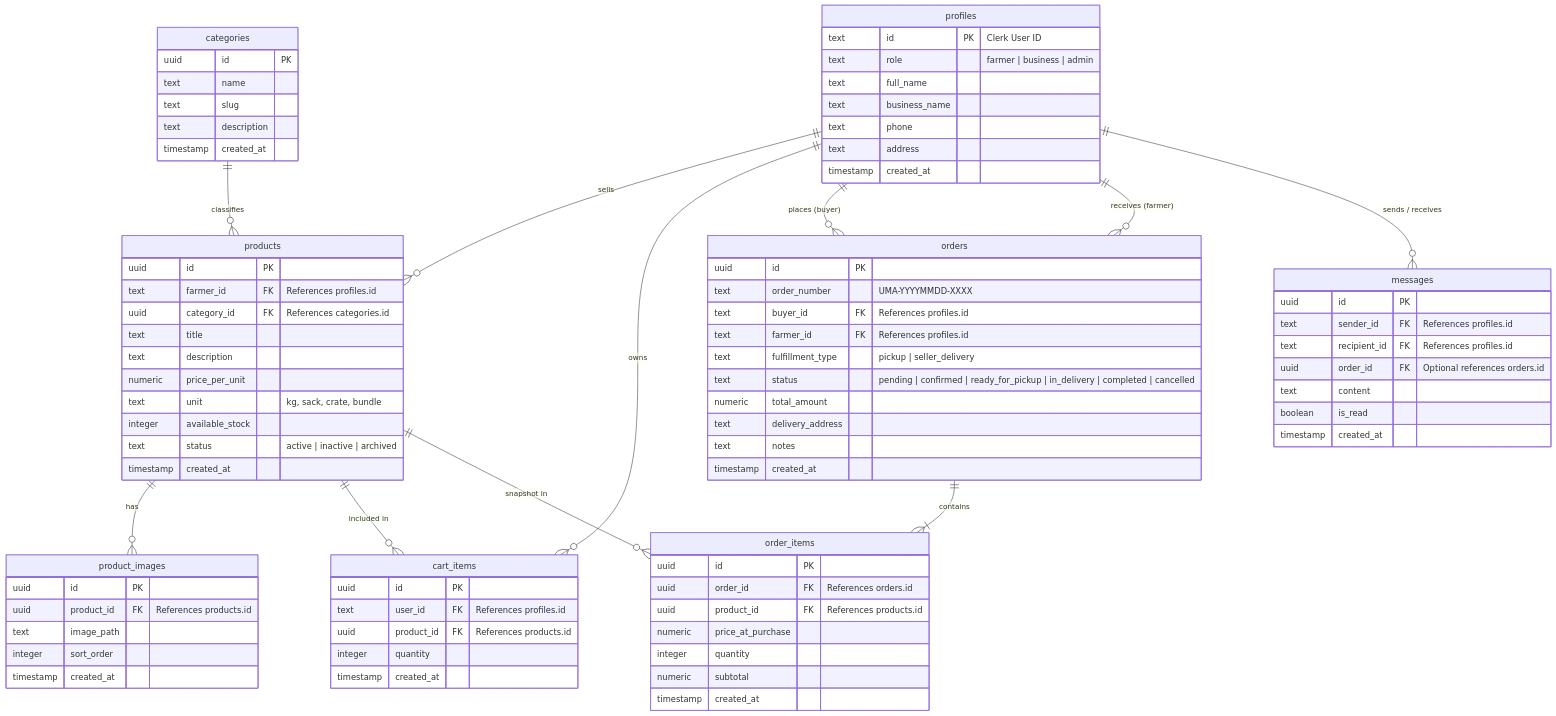
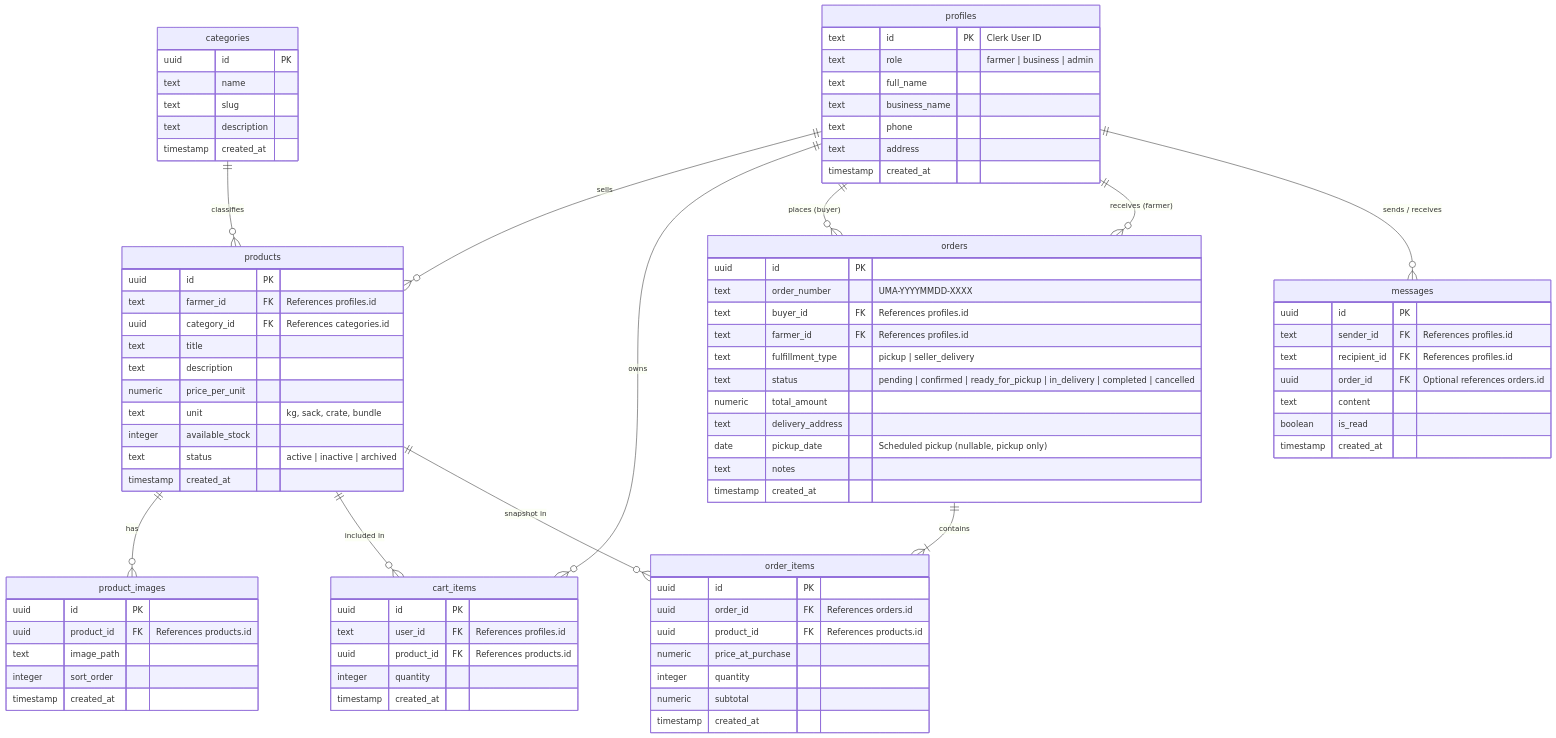
One commit to xalhexi-sch/uma-market changed the fourth of 4 diagrams in README.md. Above: the diagram before and after it, drawn with Mermaid. The commit also changed other lines of this file, not shown here.

```diff
--- a/README.md
+++ b/README.md
@@ -358,6 +369,7 @@
         text status "pending | confirmed | ready_for_pickup | in_delivery | completed | cancelled"
         numeric total_amount
         text delivery_address
+        date pickup_date "Scheduled pickup (nullable, pickup only)"
         text notes
         timestamp created_at
     }
```
